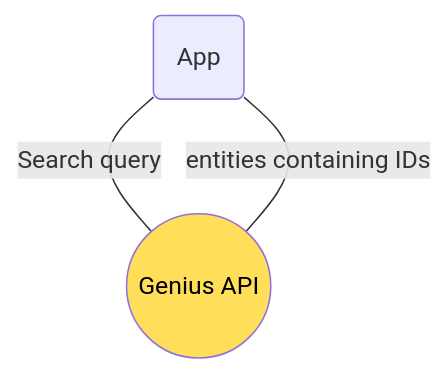
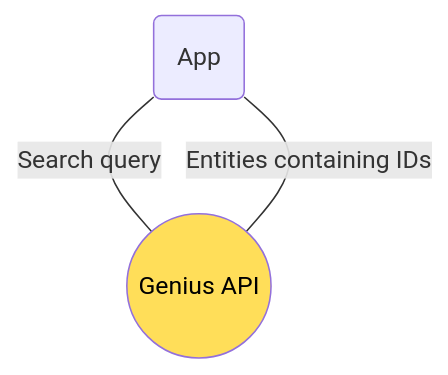
The first of 2 diagrams in README.md (shub39/Rush), drawn with Mermaid before and after one commit. The commit also changed other lines of this file, not shown here.

Commit message:
:fire: Flow test

````diff
--- a/README.md
+++ b/README.md
@@ -89,7 +89,7 @@
 ```mermaid
 flowchart
     n1@{ shape: "rounded", label: "App" }
 n1 ---|"Search query"| n2@{ shape: "circle", label: "Genius API" }
-n2 ---|"entities containing IDs"| n1
+n2 ---|"Entities containing IDs"| n1
 style n2 color:#000000,fill:#FFDE59
 ```
````
